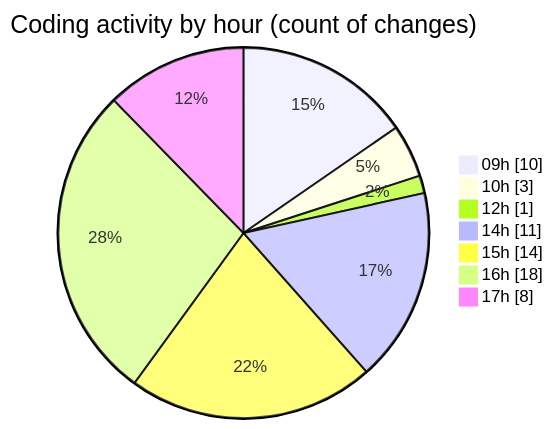
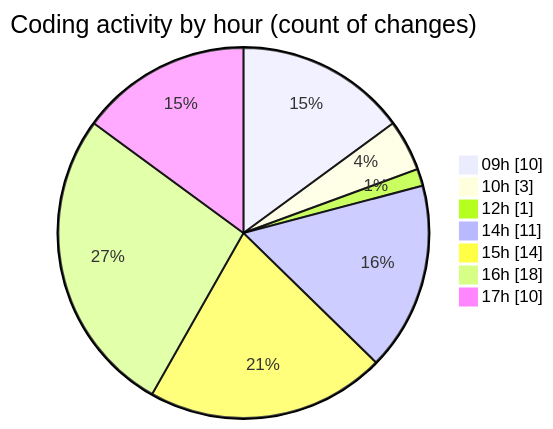
Before and after one commit to momahboobian/code-tracking: the second of 2 diagrams in 2026-04-08/cda/README.md, drawn with Mermaid. The commit also changed other lines of this file and 1 other file, not shown here.

````diff
--- a/2026-04-08/cda/README.md
+++ b/2026-04-08/cda/README.md
@@ -47,11 +47,11 @@
 ```mermaid
 pie showData
 title Coding activity by hour (count of changes)
 "09h" : 10
 "10h" : 3
 "12h" : 1
 "14h" : 11
 "15h" : 14
 "16h" : 18
-"17h" : 8
+"17h" : 10
 ```
````
